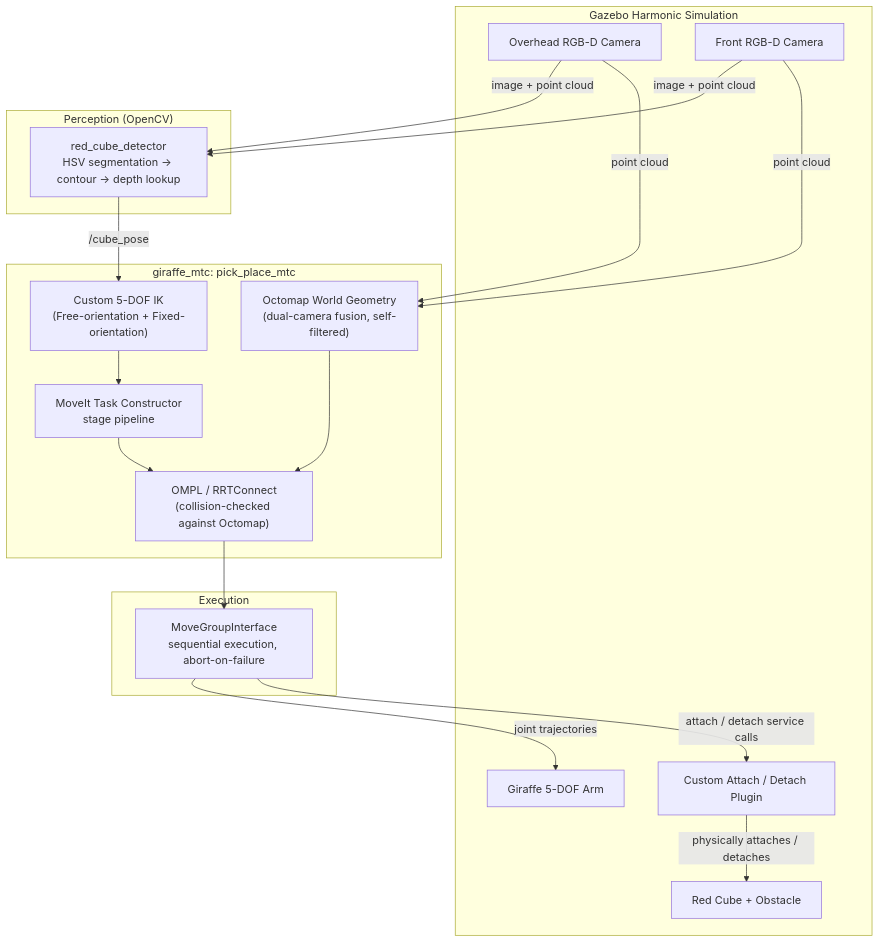
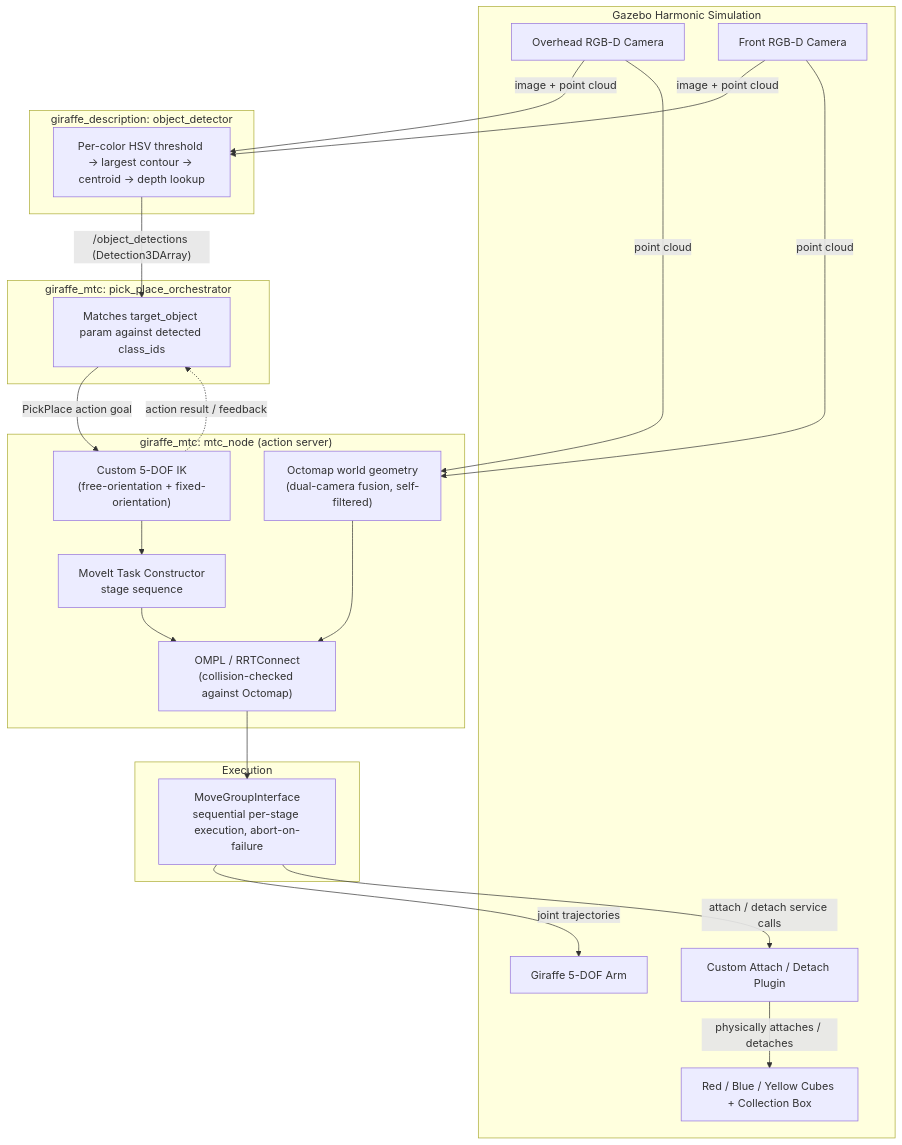
One commit to anantppandey/ros2_manipulation_pipeline changed the diagram in README.md. Above: the diagram before and after it, drawn with Mermaid. The commit also changed other lines of this file and 11 other files, not shown here.

Commit message:
Updated Readme, New media files, Removed text from cv window, Increased execution speed, fine tuned offsets in mtc code

````diff
--- a/README.md
+++ b/README.md
@@ -54,41 +60,48 @@
 ```mermaid
 flowchart TD
     subgraph SIM["Gazebo Harmonic Simulation"]
         ARM["Giraffe 5-DOF Arm"]
         OC["Overhead RGB-D Camera"]
         FC["Front RGB-D Camera"]
-        CUBE["Red Cube + Obstacle"]
+        CUBES["Red / Blue / Yellow Cubes + Collection Box"]
         PLUGIN["Custom Attach / Detach Plugin"]
     end
 
     OC -- "image + point cloud" --> DETECT
     FC -- "image + point cloud" --> DETECT
     OC -- "point cloud" --> OCTOMAP
     FC -- "point cloud" --> OCTOMAP
 
-    subgraph PERCEPTION["Perception (OpenCV)"]
-        DETECT["red_cube_detector<br/>HSV segmentation → contour → depth lookup"]
+    subgraph PERCEPTION["giraffe_description: object_detector"]
+        DETECT["Per-color HSV threshold → largest contour → centroid → depth lookup"]
     end
 
-    DETECT -- "/cube_pose" --> PLANNER
+    DETECT -- "/object_detections (Detection3DArray)" --> ORCH
 
-    subgraph PLANNING["giraffe_mtc: pick_place_mtc"]
-        PLANNER["Custom 5-DOF IK<br/>(Free-orientation + Fixed-orientation)"]
-        OCTOMAP["Octomap World Geometry<br/>(dual-camera fusion, self-filtered)"]
-        MTC["MoveIt Task Constructor<br/>stage pipeline"]
+    subgraph ORCHESTRATION["giraffe_mtc: pick_place_orchestrator"]
+        ORCH["Matches target_object param against detected class_ids"]
+    end
+
+    ORCH -- "PickPlace action goal" --> PLANNER
+
+    subgraph PLANNING["giraffe_mtc: mtc_node (action server)"]
+        PLANNER["Custom 5-DOF IK<br/>(free-orientation + fixed-orientation)"]
+        OCTOMAP["Octomap world geometry<br/>(dual-camera fusion, self-filtered)"]
+        MTC["MoveIt Task Constructor<br/>stage sequence"]
         OMPL["OMPL / RRTConnect<br/>(collision-checked against Octomap)"]
     end
 
     OCTOMAP --> OMPL
     PLANNER --> MTC
     MTC --> OMPL
     OMPL --> EXEC
 
     subgraph EXECUTION["Execution"]
-        EXEC["MoveGroupInterface<br/>sequential execution, abort-on-failure"]
+        EXEC["MoveGroupInterface<br/>sequential per-stage execution, abort-on-failure"]
     end
 
     EXEC -- "joint trajectories" --> ARM
     EXEC -- "attach / detach service calls" --> PLUGIN
-    PLUGIN -- "physically attaches / detaches" --> CUBE
+    PLUGIN -- "physically attaches / detaches" --> CUBES
+    PLANNER -. "action result / feedback" .-> ORCH
 ```
````
